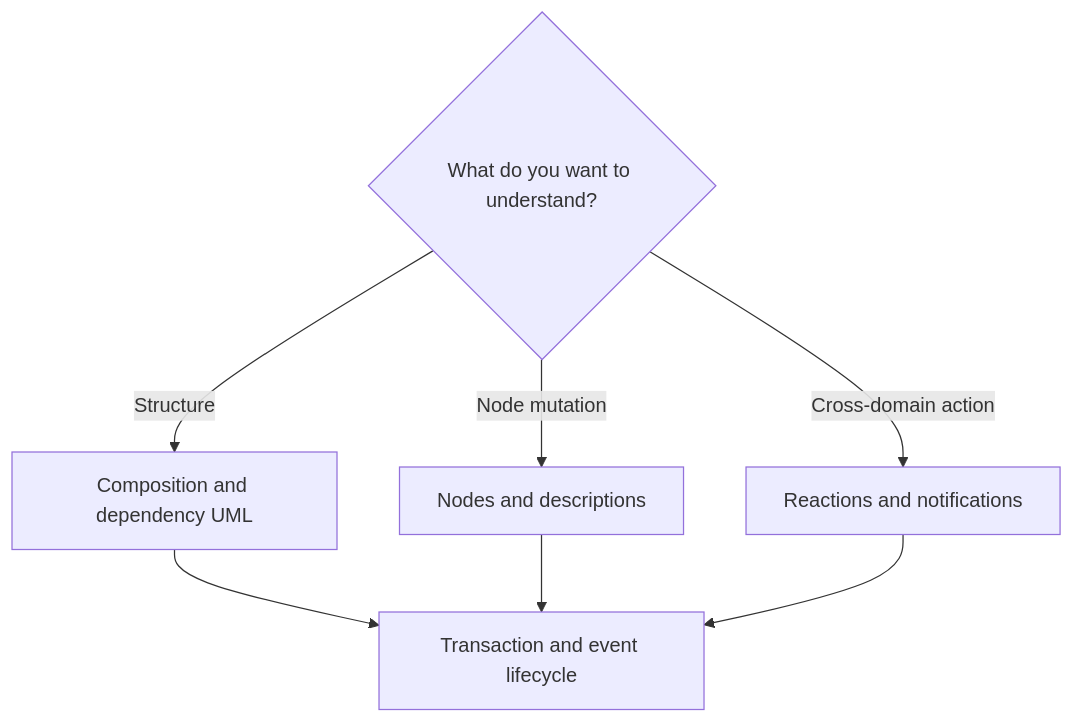
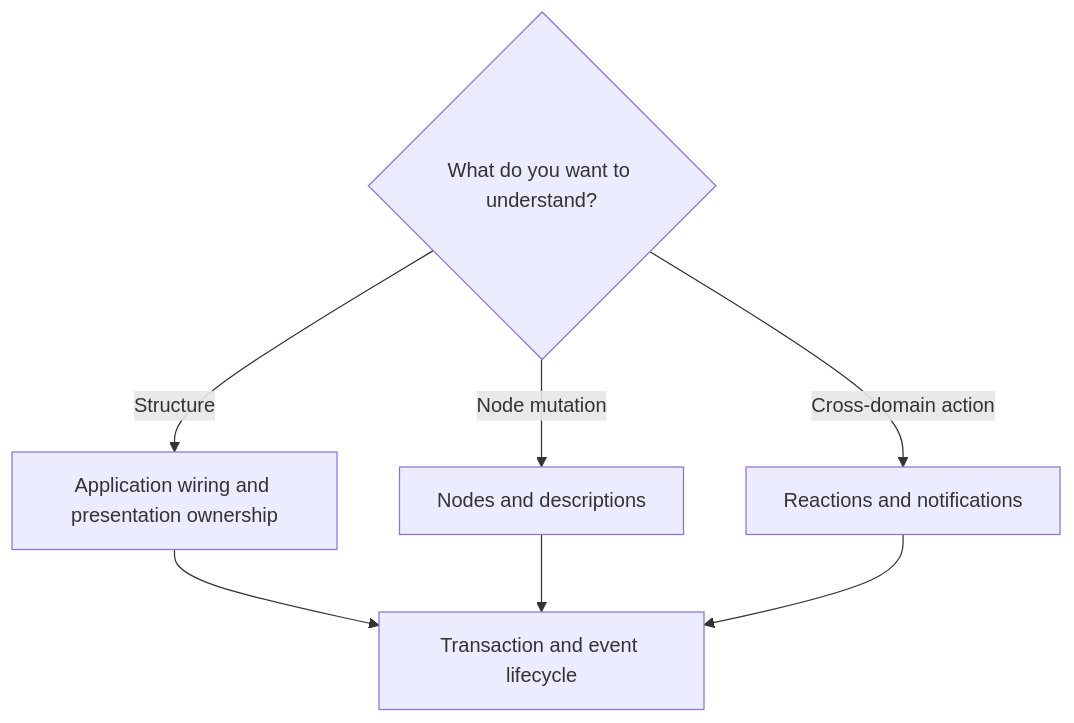
The diagram in docs/architecture/diagrams/README.md (williamowen65/atlas-the-public-think-tank), drawn with Mermaid before and after one commit. The commit also changed other lines of this file and 14 other files, not shown here.

Commit message:
PTT-151 Refresh application wiring and outdated developer guidance

````diff
--- a/docs/architecture/diagrams/README.md
+++ b/docs/architecture/diagrams/README.md
@@ -18,10 +18,10 @@
 ```mermaid
 flowchart TD
     Q{"What do you want to understand?"}
-    Q -->|Structure| W["Composition and dependency UML"]
+    Q -->|Structure| W["Application wiring and presentation ownership"]
     Q -->|Node mutation| N["Nodes and descriptions"]
     Q -->|Cross-domain action| R["Reactions and notifications"]
     W --> T["Transaction and event lifecycle"]
     N --> T
     R --> T
 ```
````
